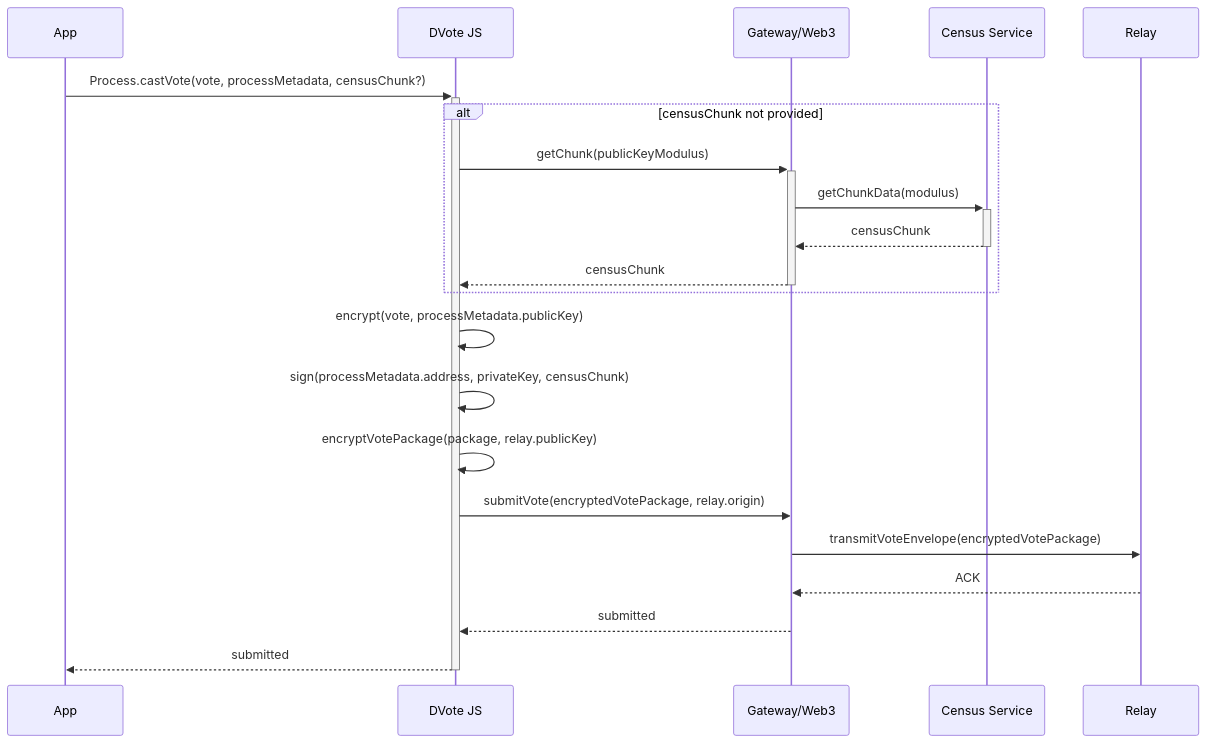
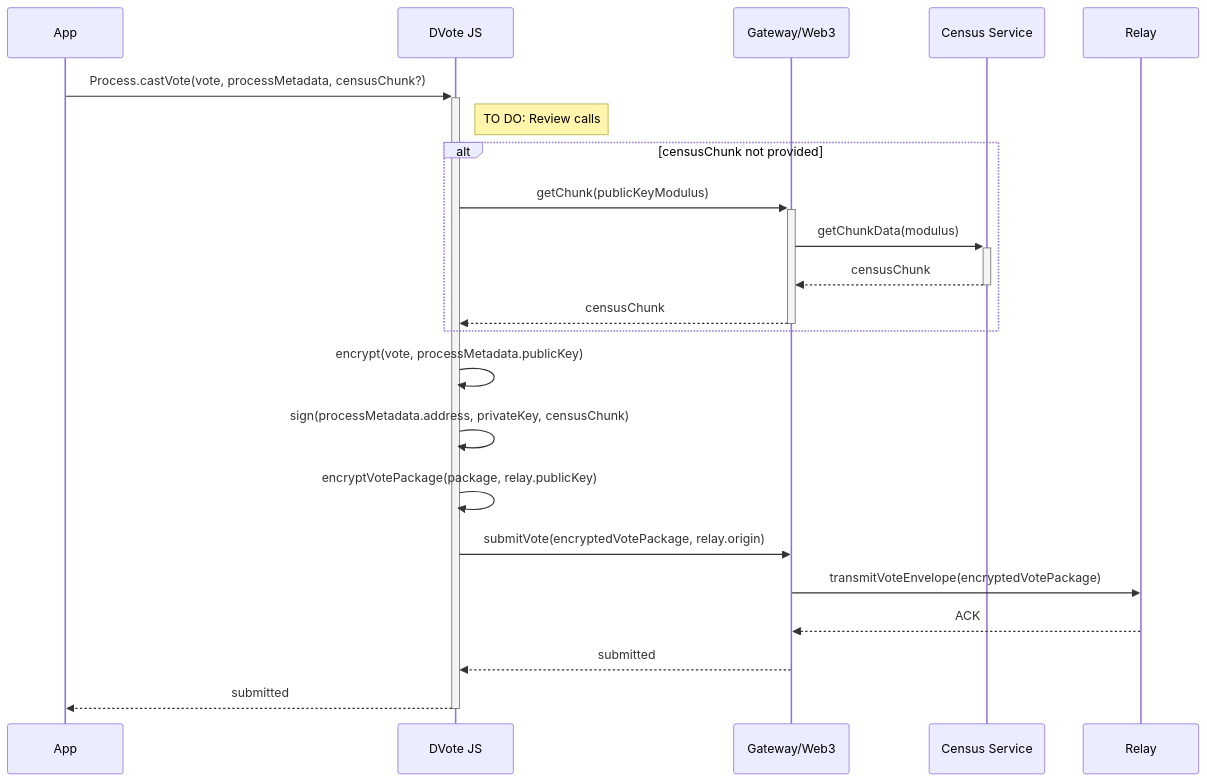
One commit to vocdoni/docs changed the ninth of 13 diagrams in docs/protocol/sequence-diagrams.md. Above: the diagram before and after it, drawn with Mermaid. The commit also changed other lines of this file and 2 other files, not shown here.

````diff
--- a/docs/protocol/sequence-diagrams.md
+++ b/docs/protocol/sequence-diagrams.md
@@ -397,37 +409,39 @@
 ```mermaid
 sequenceDiagram
 
     participant App
     participant DV as DVote JS
     participant GW as Gateway/Web3
     participant CS as Census Service
     participant RL as Relay
 
     App->>+DV: Process.castVote(vote, processMetadata, censusChunk?)
+
+        Note right of DV: TO DO: Review calls
 
         alt censusChunk not provided
 
             DV->>+GW: getChunk(publicKeyModulus)
 
             GW->>+CS: getChunkData(modulus)
             CS-->>-GW: censusChunk
 
             GW-->>-DV: censusChunk
 
         end
 
         DV->>DV: encrypt(vote, processMetadata.publicKey)
 
         DV->>DV: sign(processMetadata.address, privateKey, censusChunk)
 
         DV->>DV: encryptVotePackage(package, relay.publicKey)
 
         DV->>GW: submitVote(encryptedVotePackage, relay.origin)
 
             GW->>RL: transmitVoteEnvelope(encryptedVotePackage)
             RL-->>GW: ACK
 
         GW-->>DV: submitted
 
     DV-->>-App: submitted
 ```
````
